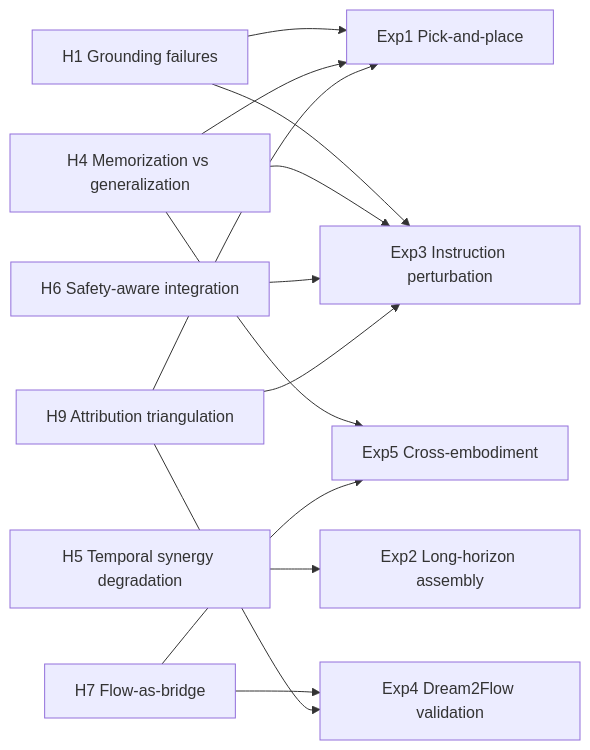
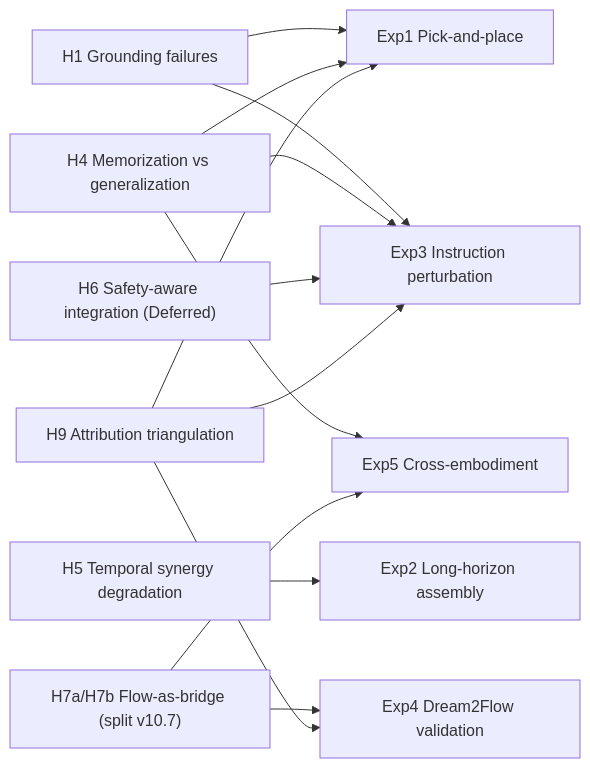
Diagram 13 of 18 in DIAGRAMS.md (sepahead/prisoma), drawn with Mermaid before and after one commit. The commit also changed other lines of this file and 16 other files, not shown here.

````diff
--- a/DIAGRAMS.md
+++ b/DIAGRAMS.md
@@ -483,20 +483,20 @@
 ```mermaid
 graph LR
     H1[H1 Grounding failures] --> E1[Exp1 Pick-and-place]
     H1 --> E3[Exp3 Instruction perturbation]
 
     H4[H4 Memorization vs generalization] --> E1
     H4 --> E3
     H4 --> E5[Exp5 Cross-embodiment]
 
     H5[H5 Temporal synergy degradation] --> E2[Exp2 Long-horizon assembly]
 
-    H6[H6 Safety-aware integration] --> E3
+    H6["H6 Safety-aware integration (Deferred)"] --> E3
 
-    H7[H7 Flow-as-bridge] --> E4[Exp4 Dream2Flow validation]
+    H7["H7a/H7b Flow-as-bridge (split v10.7)"] --> E4[Exp4 Dream2Flow validation]
     H7 --> E5
 
     H9[H9 Attribution triangulation] --> E1
     H9 --> E3
     H9 --> E4
 ```
````
